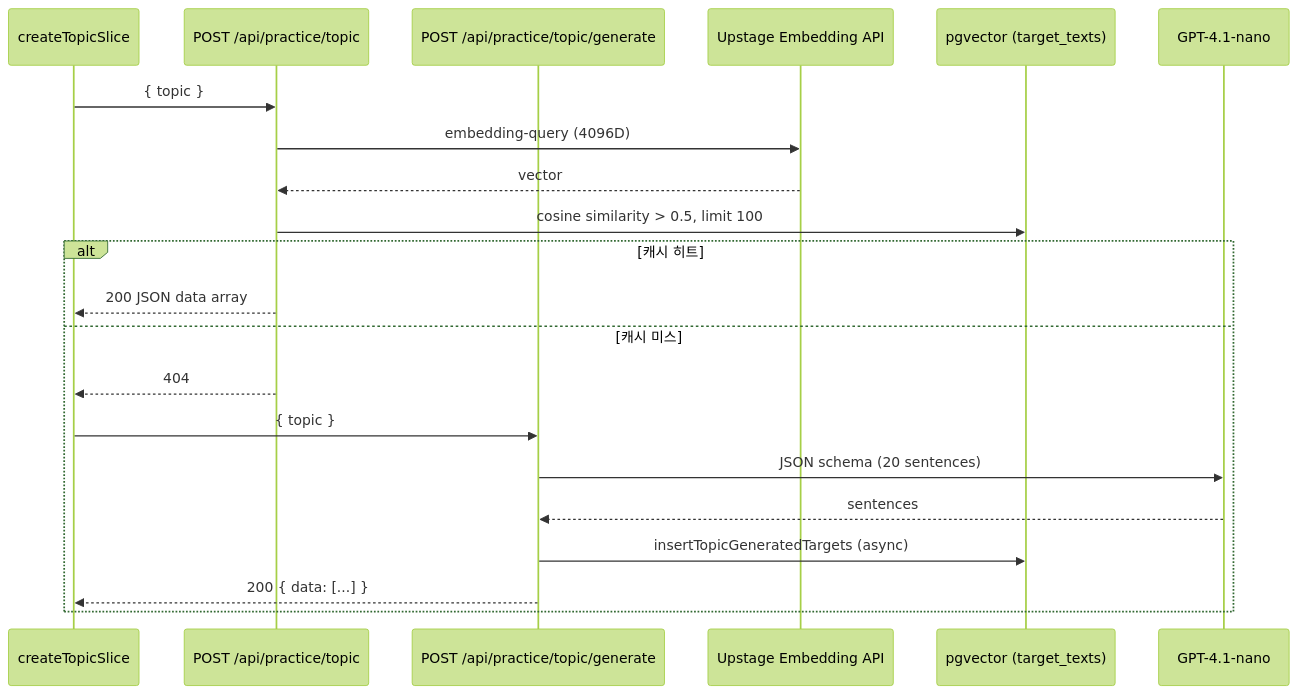
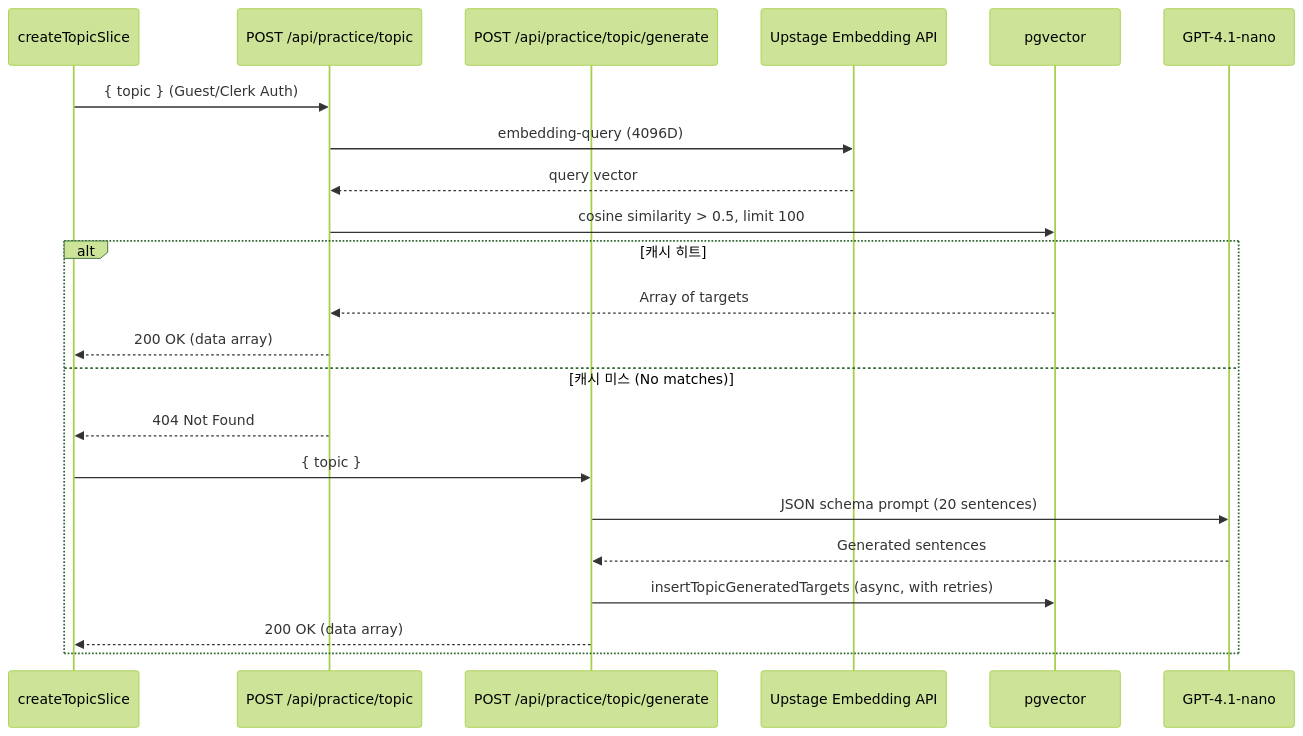
The diagram in docs/TOPIC_MODE.md (JSkutor/typediag), drawn with Mermaid (forest theme) before and after one commit. The commit also changed other lines of this file and 10 other files, not shown here.

````diff
--- a/docs/TOPIC_MODE.md
+++ b/docs/TOPIC_MODE.md
@@ -16,25 +16,26 @@
 ```mermaid
 sequenceDiagram
     participant Client as createTopicSlice
     participant SearchAPI as POST /api/practice/topic
     participant GenAPI as POST /api/practice/topic/generate
     participant Upstage as Upstage Embedding API
-    participant DB as pgvector (target_texts)
+    participant DB as pgvector
     participant OpenAI as GPT-4.1-nano
 
-    Client->>SearchAPI: { topic }
+    Client->>SearchAPI: { topic } (Guest/Clerk Auth)
     SearchAPI->>Upstage: embedding-query (4096D)
-    Upstage-->>SearchAPI: vector
+    Upstage-->>SearchAPI: query vector
     SearchAPI->>DB: cosine similarity > 0.5, limit 100
 
     alt 캐시 히트
-        SearchAPI-->>Client: 200 JSON data array
-    else 캐시 미스
-        SearchAPI-->>Client: 404
+        DB-->>SearchAPI: Array of targets
+        SearchAPI-->>Client: 200 OK (data array)
+    else 캐시 미스 (No matches)
+        SearchAPI-->>Client: 404 Not Found
         Client->>GenAPI: { topic }
-        GenAPI->>OpenAI: JSON schema (20 sentences)
-        OpenAI-->>GenAPI: sentences
-        GenAPI->>DB: insertTopicGeneratedTargets (async)
-        GenAPI-->>Client: 200 { data: [...] }
+        GenAPI->>OpenAI: JSON schema prompt (20 sentences)
+        OpenAI-->>GenAPI: Generated sentences
+        GenAPI->>DB: insertTopicGeneratedTargets (async, with retries)
+        GenAPI-->>Client: 200 OK (data array)
     end
 ```
````
